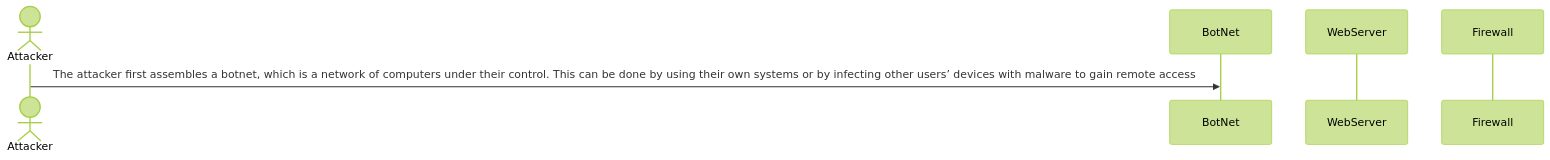
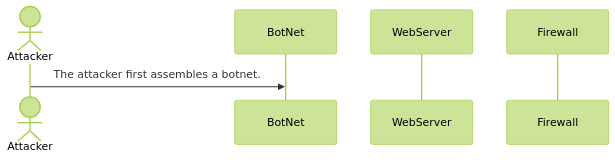
One commit to lawranger/DDoS_Attack_Sequence.md changed the diagram in README.md. Above: the diagram before and after it, drawn with Mermaid (forest theme). The commit also changed other lines of this file, not shown here.

````diff
--- a/README.md
+++ b/README.md
@@ -5,8 +7,8 @@
 ```mermaid
 sequenceDiagram
 Actor Attacker
 participant BotNet
-Attacker->>BotNet: The attacker first assembles a botnet, which is a network of computers under their control. This can be done by using their own systems or by infecting other users’ devices with malware to gain remote access
+Attacker->>BotNet: The attacker first assembles a botnet.
 participant WebServer
 participant Firewall
 ```
````
